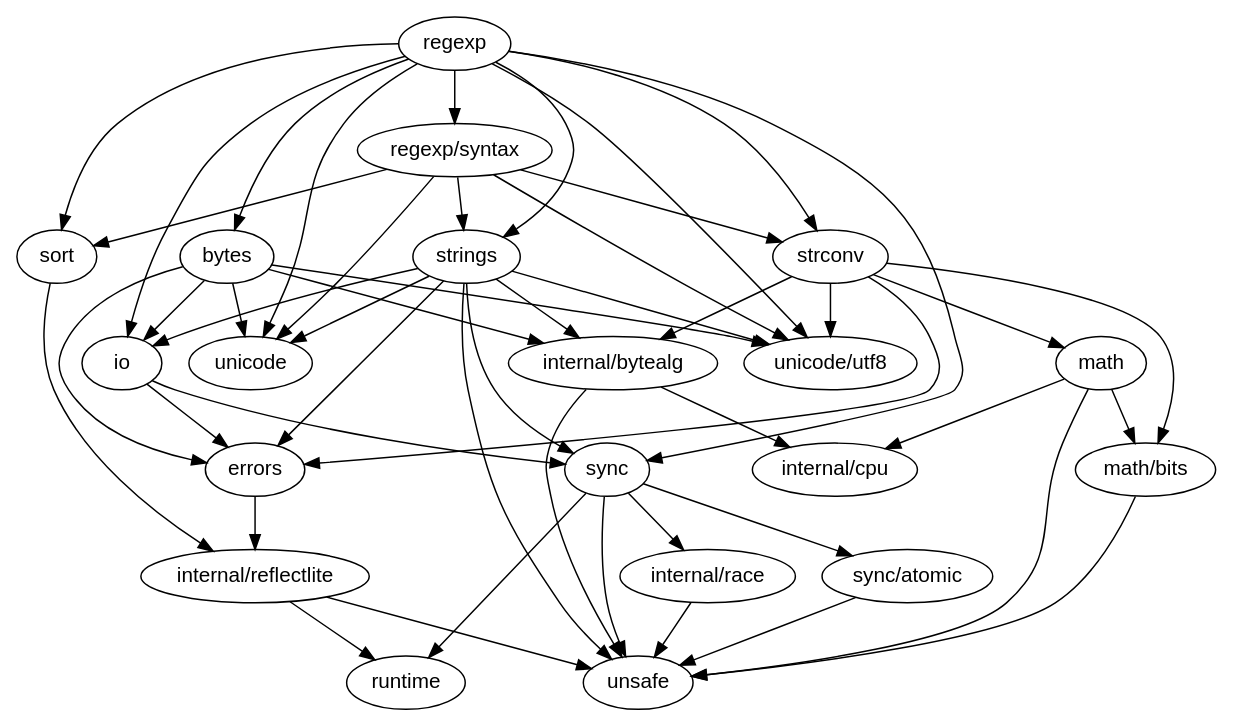
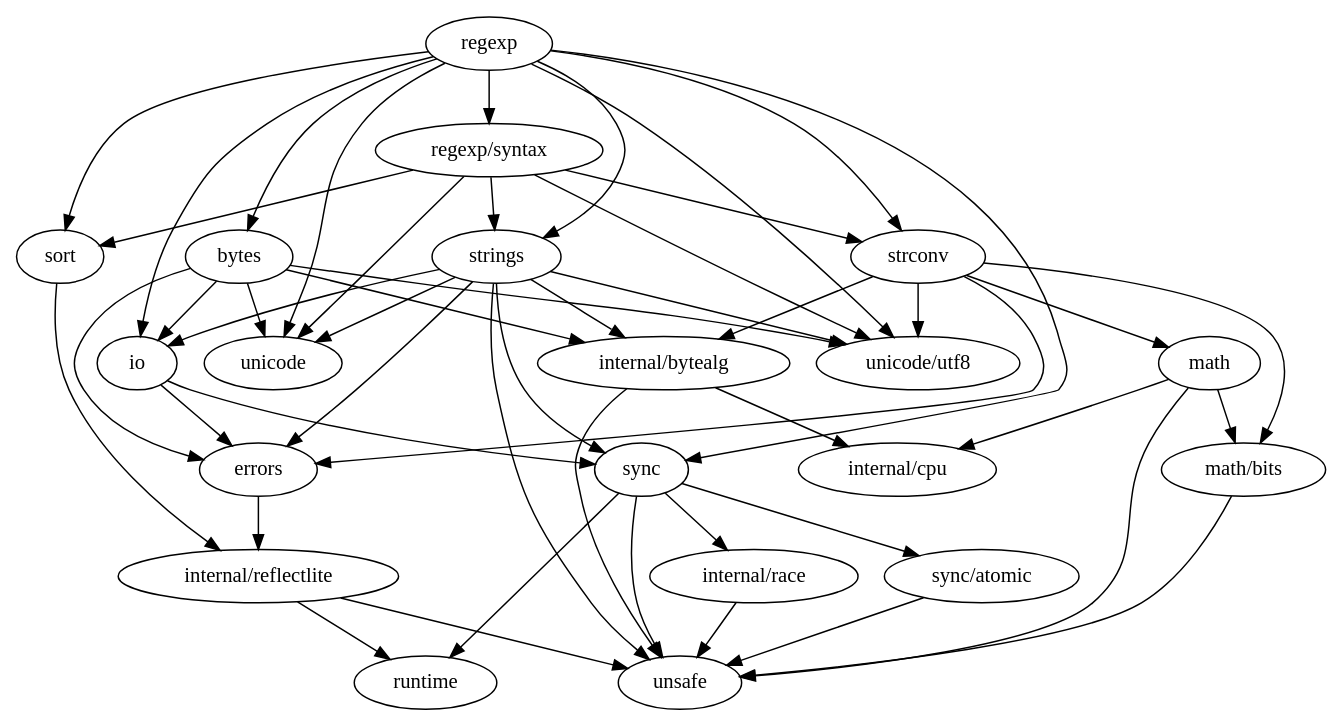
The diagram in dot_examples/graphviz.org/go_package_imports.dot (kimonp/dot-rs), drawn with Graphviz before and after one commit. The commit also changed 11 other files, not shown here.

```diff
--- a/dot_examples/graphviz.org/go_package_imports.dot
+++ b/dot_examples/graphviz.org/go_package_imports.dot
@@ -1,75 +1,77 @@
-# https://graphviz.org/Gallery/directed/go-package.html
-digraph regexp { 
+/* https://graphviz.org/Gallery/directed/go-package.html
  fontname="Helvetica,Arial,sans-serif"
  node [fontname="Helvetica,Arial,sans-serif"]
  edge [fontname="Helvetica,Arial,sans-serif"]
+
+*/
+digraph regexp { 
  n0 [label="regexp", URL="https://godoc.org/regexp", tooltip="Package regexp implements regular expression search."];
  n1 [label="bytes", URL="https://godoc.org/bytes", tooltip="Package bytes implements functions for the manipulation of byte slices."];
  n2 [label="io", URL="https://godoc.org/io", tooltip="Package io provides basic interfaces to I/O primitives."];
  n3 [label="regexp/syntax", URL="https://godoc.org/regexp/syntax", tooltip="Package syntax parses regular expressions into parse trees and compiles parse trees into programs."];
  n4 [label="sort", URL="https://godoc.org/sort", tooltip="Package sort provides primitives for sorting slices and user-defined collections."];
  n5 [label="strconv", URL="https://godoc.org/strconv", tooltip="Package strconv implements conversions to and from string representations of basic data types."];
  n6 [label="strings", URL="https://godoc.org/strings", tooltip="Package strings implements simple functions to manipulate UTF-8 encoded strings."];
  n7 [label="sync", URL="https://godoc.org/sync", tooltip="Package sync provides basic synchronization primitives such as mutual exclusion locks."];
  n8 [label="unicode", URL="https://godoc.org/unicode", tooltip="Package unicode provides data and functions to test some properties of Unicode code points."];
  n9 [label="unicode/utf8", URL="https://godoc.org/unicode/utf8", tooltip="Package utf8 implements functions and constants to support text encoded in UTF-8."];
  n10 [label="internal/bytealg", URL="https://godoc.org/internal/bytealg", tooltip=""];
  n11 [label="errors", URL="https://godoc.org/errors", tooltip="Package errors implements functions to manipulate errors."];
  n12 [label="internal/reflectlite", URL="https://godoc.org/internal/reflectlite", tooltip="Package reflectlite implements lightweight version of reflect, not using any package except for \"runtime\" and \"unsafe\"."];
  n13 [label="math", URL="https://godoc.org/math", tooltip="Package math provides basic constants and mathematical functions."];
  n14 [label="math/bits", URL="https://godoc.org/math/bits", tooltip="Package bits implements bit counting and manipulation functions for the predeclared unsigned integer types."];
  n15 [label="unsafe", URL="https://godoc.org/unsafe", tooltip="Package unsafe contains operations that step around the type safety of Go programs."];
  n16 [label="internal/race", URL="https://godoc.org/internal/race", tooltip="Package race contains helper functions for manually instrumenting code for the race detector."];
  n17 [label="runtime", URL="https://godoc.org/runtime", tooltip=""];
  n18 [label="sync/atomic", URL="https://godoc.org/sync/atomic", tooltip="Package atomic provides low-level atomic memory primitives useful for implementing synchronization algorithms."];
  n19 [label="internal/cpu", URL="https://godoc.org/internal/cpu", tooltip="Package cpu implements processor feature detection used by the Go standard library."];
  n0 -> n1;
  n0 -> n2;
  n0 -> n3;
  n0 -> n4;
  n0 -> n5;
  n0 -> n6;
  n0 -> n7;
  n0 -> n8;
  n0 -> n9;
  n1 -> n10;
  n1 -> n2;
  n1 -> n8;
  n1 -> n9;
  n1 -> n11;
  n2 -> n11;
  n2 -> n7;
  n3 -> n4;
  n3 -> n5;
  n3 -> n6;
  n3 -> n8;
  n3 -> n9;
  n4 -> n12;
  n5 -> n10;
  n5 -> n13;
  n5 -> n9;
  n5 -> n11;
  n5 -> n14;
  n6 -> n2;
  n6 -> n7;
  n6 -> n15;
  n6 -> n11;
  n6 -> n10;
  n6 -> n8;
  n6 -> n9;
  n7 -> n16;
  n7 -> n17;
  n7 -> n18;
  n7 -> n15;
  n10 -> n19;
  n10 -> n15;
  n11 -> n12;
  n12 -> n17;
  n12 -> n15;
  n13 -> n15;
  n13 -> n19;
  n13 -> n14;
  n14 -> n15;
  n16 -> n15;
  n18 -> n15;
 }
```
